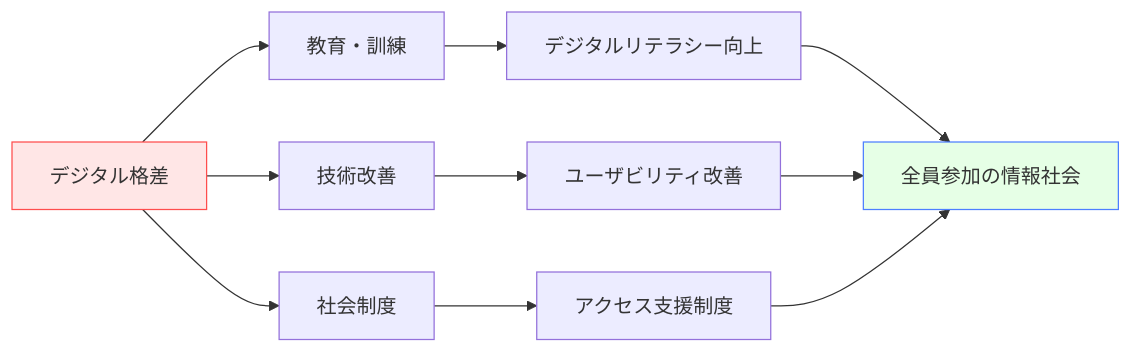
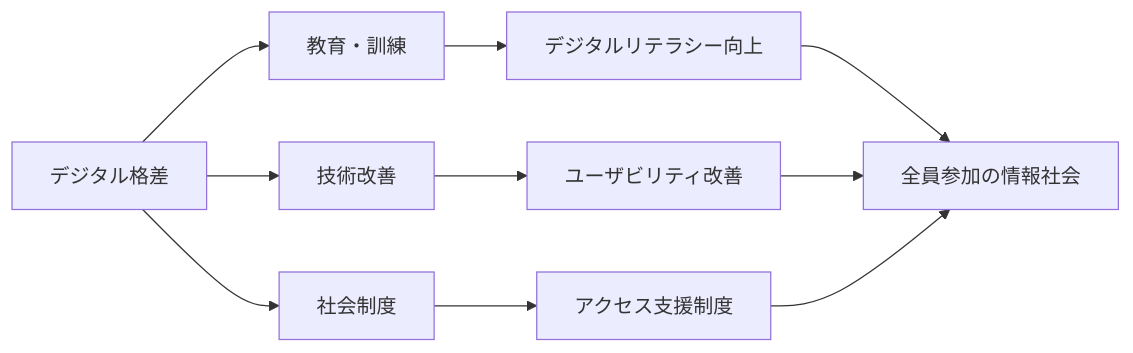
Diagram 11 of 11 in docs/applications/daily-life.md (shuji-bonji/Situational-Awareness-and-Decision-Making), drawn with Mermaid before and after one commit. The commit also changed other lines of this file and 49 other files, not shown here.

Commit message:
fix: ダークモードで見づらい図の色の変更

````diff
--- a/docs/applications/daily-life.md
+++ b/docs/applications/daily-life.md
@@ -803,17 +803,17 @@
 ```mermaid
 graph LR
     A[デジタル格差] --> B[教育・訓練]
     A --> C[技術改善]
     A --> D[社会制度]
     
     B --> B1[デジタルリテラシー向上]
     C --> C1[ユーザビリティ改善]
     D --> D1[アクセス支援制度]
     
     B1 --> E[全員参加の情報社会]
     C1 --> E
     D1 --> E
     
-    style A fill:#ffe6e6,stroke:#ff4d4d
-    style E fill:#e6ffe6,stroke:#4d7fff
+
+
 ```
````
